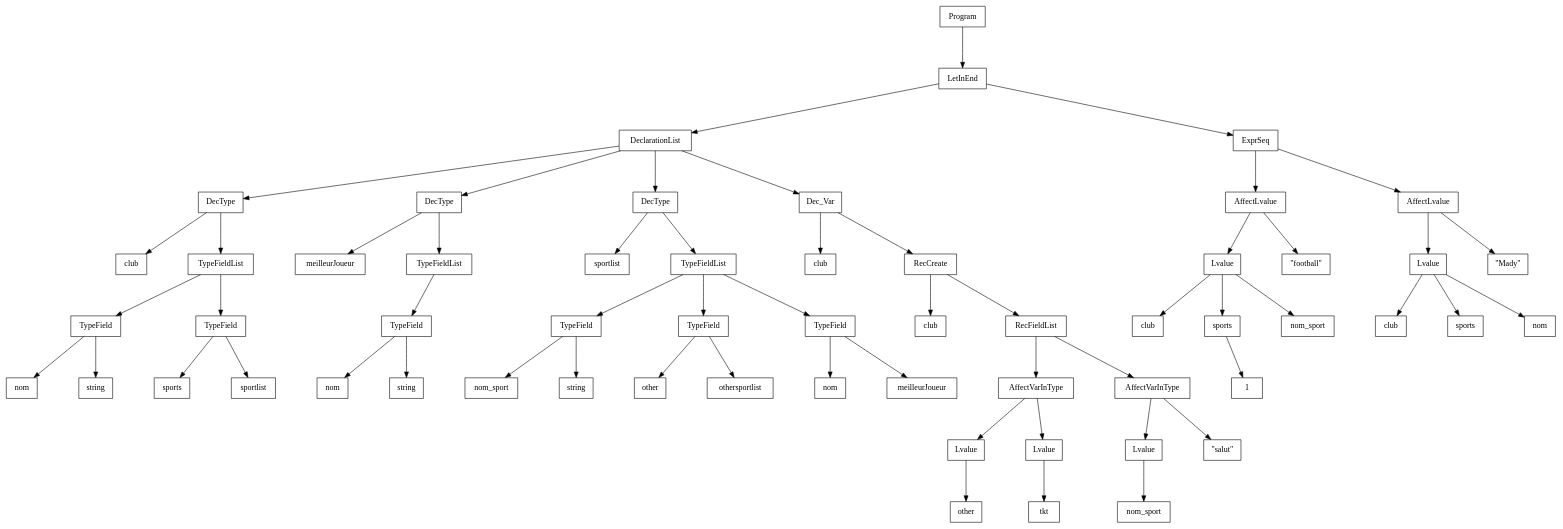
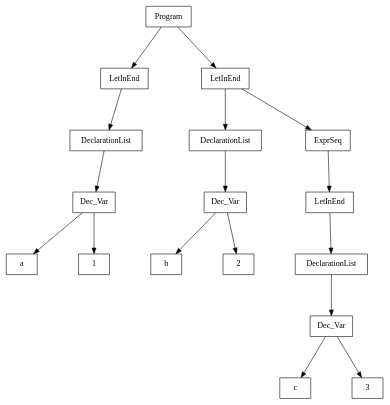
One commit to smarsou/compiler-syntax-semantic-analysis changed the diagram in out/tree.dot. Above: the diagram before and after it, drawn with Graphviz. The commit also changed 7 other files, not shown here.

```diff
--- a/out/tree.dot
+++ b/out/tree.dot
@@ -1,122 +1,40 @@
 digraph "ast"{
 
 	nodesep=1;
 	ranksep=1;
 
 	N0 [label="Program", shape="box"];
 	N1 [label="LetInEnd", shape="box"];
 	N2 [label="DeclarationList", shape="box"];
-	N3 [label="DecType", shape="box"];
-	N4 [label="club", shape="box"];
-	N5 [label="TypeFieldList", shape="box"];
-	N6 [label="TypeField", shape="box"];
-	N7 [label="nom", shape="box"];
-	N8 [label="string", shape="box"];
-	N9 [label="TypeField", shape="box"];
-	N10 [label="sports", shape="box"];
-	N11 [label="sportlist", shape="box"];
-	N12 [label="DecType", shape="box"];
-	N13 [label="meilleurJoueur", shape="box"];
-	N14 [label="TypeFieldList", shape="box"];
-	N15 [label="TypeField", shape="box"];
-	N16 [label="nom", shape="box"];
-	N17 [label="string", shape="box"];
-	N18 [label="DecType", shape="box"];
-	N19 [label="sportlist", shape="box"];
-	N20 [label="TypeFieldList", shape="box"];
-	N21 [label="TypeField", shape="box"];
-	N22 [label="nom_sport", shape="box"];
-	N23 [label="string", shape="box"];
-	N24 [label="TypeField", shape="box"];
-	N25 [label="other", shape="box"];
-	N26 [label="othersportlist", shape="box"];
-	N27 [label="TypeField", shape="box"];
-	N28 [label="nom", shape="box"];
-	N29 [label="meilleurJoueur", shape="box"];
-	N30 [label="Dec_Var", shape="box"];
-	N31 [label="club", shape="box"];
-	N32 [label="RecCreate", shape="box"];
-	N33 [label="club", shape="box"];
-	N34 [label="RecFieldList", shape="box"];
-	N36 [label="Lvalue", shape="box"];
-	N37 [label="other", shape="box"];
-	N38 [label="Lvalue", shape="box"];
-	N39 [label="tkt", shape="box"];
-	N35 [label="AffectVarInType", shape="box"];
-	N41 [label="Lvalue", shape="box"];
-	N42 [label="nom_sport", shape="box"];
-	N43 [label="\"salut\"", shape="box"];
-	N40 [label="AffectVarInType", shape="box"];
-	N44 [label="ExprSeq", shape="box"];
-	N45 [label="AffectLvalue", shape="box"];
-	N46 [label="Lvalue", shape="box"];
-	N47 [label="club", shape="box"];
-	N48 [label="sports", shape="box"];
-	N49 [label="1", shape="box"];
-	N50 [label="nom_sport", shape="box"];
-	N51 [label="\"football\"", shape="box"];
-	N52 [label="AffectLvalue", shape="box"];
-	N53 [label="Lvalue", shape="box"];
-	N54 [label="club", shape="box"];
-	N55 [label="sports", shape="box"];
-	N56 [label="nom", shape="box"];
-	N57 [label="\"Mady\"", shape="box"];
+	N3 [label="Dec_Var", shape="box"];
+	N4 [label="a", shape="box"];
+	N5 [label="1", shape="box"];
+	N6 [label="LetInEnd", shape="box"];
+	N7 [label="DeclarationList", shape="box"];
+	N8 [label="Dec_Var", shape="box"];
+	N9 [label="b", shape="box"];
+	N10 [label="2", shape="box"];
+	N11 [label="ExprSeq", shape="box"];
+	N12 [label="LetInEnd", shape="box"];
+	N13 [label="DeclarationList", shape="box"];
+	N14 [label="Dec_Var", shape="box"];
+	N15 [label="c", shape="box"];
+	N16 [label="3", shape="box"];
 
-	N6 -> N7; 
-	N6 -> N8; 
-	N5 -> N6; 
-	N9 -> N10; 
-	N9 -> N11; 
-	N5 -> N9; 
 	N3 -> N4; 
 	N3 -> N5; 
 	N2 -> N3; 
-	N15 -> N16; 
-	N15 -> N17; 
+	N1 -> N2; 
+	N0 -> N1; 
+	N8 -> N9; 
+	N8 -> N10; 
+	N7 -> N8; 
+	N6 -> N7; 
 	N14 -> N15; 
+	N14 -> N16; 
+	N13 -> N14; 
 	N12 -> N13; 
-	N12 -> N14; 
-	N2 -> N12; 
-	N21 -> N22; 
-	N21 -> N23; 
-	N20 -> N21; 
-	N24 -> N25; 
-	N24 -> N26; 
-	N20 -> N24; 
-	N27 -> N28; 
-	N27 -> N29; 
-	N20 -> N27; 
-	N18 -> N19; 
-	N18 -> N20; 
-	N2 -> N18; 
-	N36 -> N37; 
-	N38 -> N39; 
-	N35 -> N36; 
-	N35 -> N38; 
-	N34 -> N35; 
-	N41 -> N42; 
-	N40 -> N41; 
-	N40 -> N43; 
-	N34 -> N40; 
-	N32 -> N33; 
-	N32 -> N34; 
-	N30 -> N31; 
-	N30 -> N32; 
-	N2 -> N30; 
-	N1 -> N2; 
-	N46 -> N47; 
-	N48 -> N49; 
-	N46 -> N48; 
-	N46 -> N50; 
-	N45 -> N46; 
-	N45 -> N51; 
-	N44 -> N45; 
-	N53 -> N54; 
-	N53 -> N55; 
-	N53 -> N56; 
-	N52 -> N53; 
-	N52 -> N57; 
-	N44 -> N52; 
-	N1 -> N44; 
-	N0 -> N1; 
+	N11 -> N12; 
+	N6 -> N11; 
+	N0 -> N6; 
 }
```
